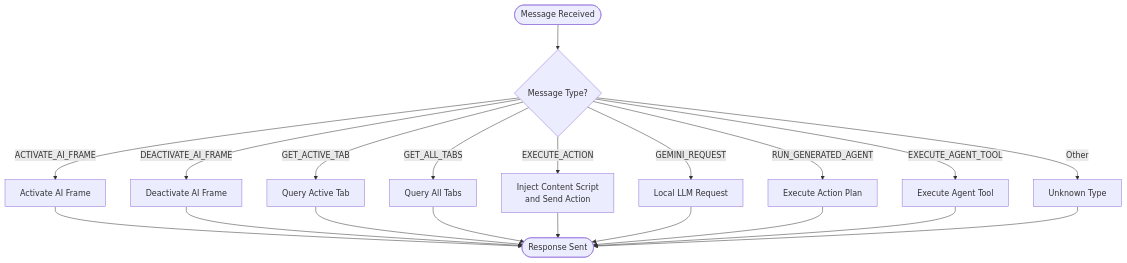
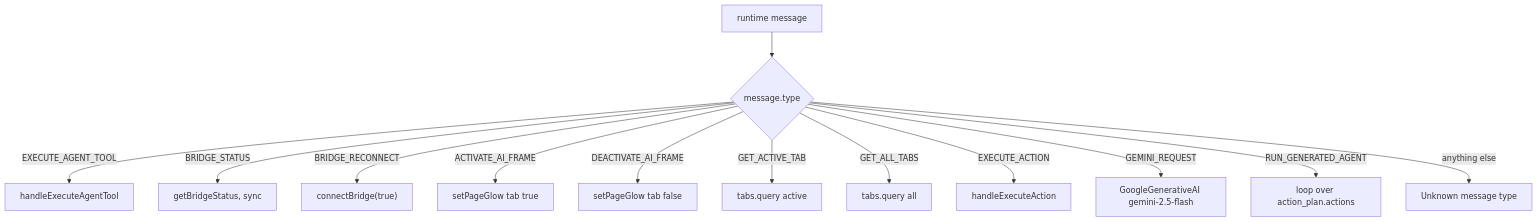
One commit to tashifkhan/tashif.codes changed the third of 6 diagrams in src/data/docs/agentic-browser/Browser Automation/Extension Architecture and Components.md. Above: the diagram before and after it, drawn with Mermaid. The commit also changed other lines of this file and 114 other files, not shown here.

````diff
--- a/src/data/docs/agentic-browser/Browser Automation/Extension Architecture and Components.md
+++ b/src/data/docs/agentic-browser/Browser Automation/Extension Architecture and Components.md
@@ -91,22 +87,15 @@
 ```mermaid
 flowchart TD
-Start(["Message Received"]) --> Type{"Message Type?"}
-Type --> |ACTIVATE_AI_FRAME| Activate["Activate AI Frame"]
-Type --> |DEACTIVATE_AI_FRAME| Deactivate["Deactivate AI Frame"]
-Type --> |GET_ACTIVE_TAB| GetActive["Query Active Tab"]
-Type --> |GET_ALL_TABS| GetAll["Query All Tabs"]
-Type --> |EXECUTE_ACTION| ExecAction["Inject Content Script<br/>and Send Action"]
-Type --> |GEMINI_REQUEST| Gemini["Local LLM Request"]
-Type --> |RUN_GENERATED_AGENT| RunPlan["Execute Action Plan"]
-Type --> |EXECUTE_AGENT_TOOL| Tool["Execute Agent Tool"]
-Type --> |Other| Unknown["Unknown Type"]
-Activate --> End(["Response Sent"])
-Deactivate --> End
-GetActive --> End
-GetAll --> End
-ExecAction --> End
-Gemini --> End
-RunPlan --> End
-Tool --> End
-Unknown --> End
+  M["runtime message"] --> T{"message.type"}
+  T -->|EXECUTE_AGENT_TOOL| A["handleExecuteAgentTool"]
+  T -->|BRIDGE_STATUS| B["getBridgeStatus, sync"]
+  T -->|BRIDGE_RECONNECT| C["connectBridge(true)"]
+  T -->|ACTIVATE_AI_FRAME| D["setPageGlow tab true"]
+  T -->|DEACTIVATE_AI_FRAME| E["setPageGlow tab false"]
+  T -->|GET_ACTIVE_TAB| F["tabs.query active"]
+  T -->|GET_ALL_TABS| G["tabs.query all"]
+  T -->|EXECUTE_ACTION| H["handleExecuteAction"]
+  T -->|GEMINI_REQUEST| I["GoogleGenerativeAI gemini-2.5-flash"]
+  T -->|RUN_GENERATED_AGENT| J["loop over action_plan.actions"]
+  T -->|anything else| K["Unknown message type"]
 ```
````
